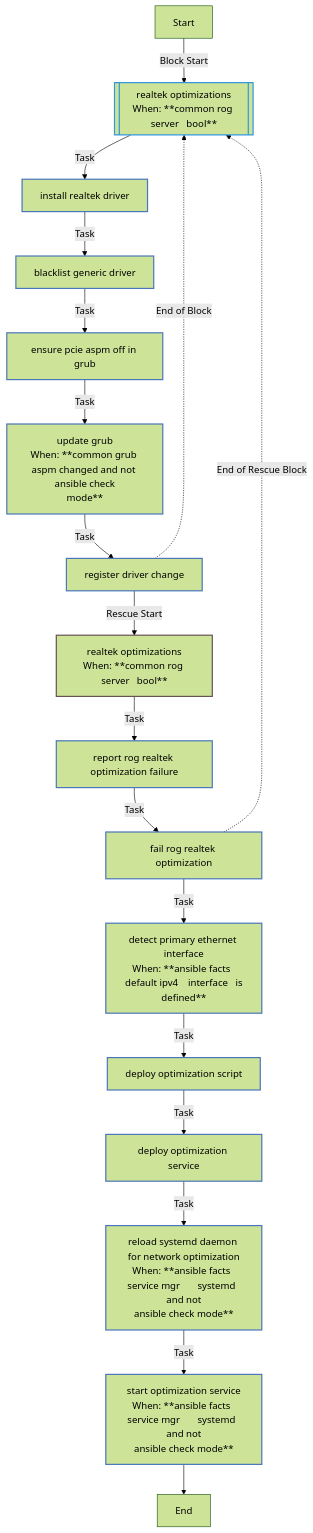
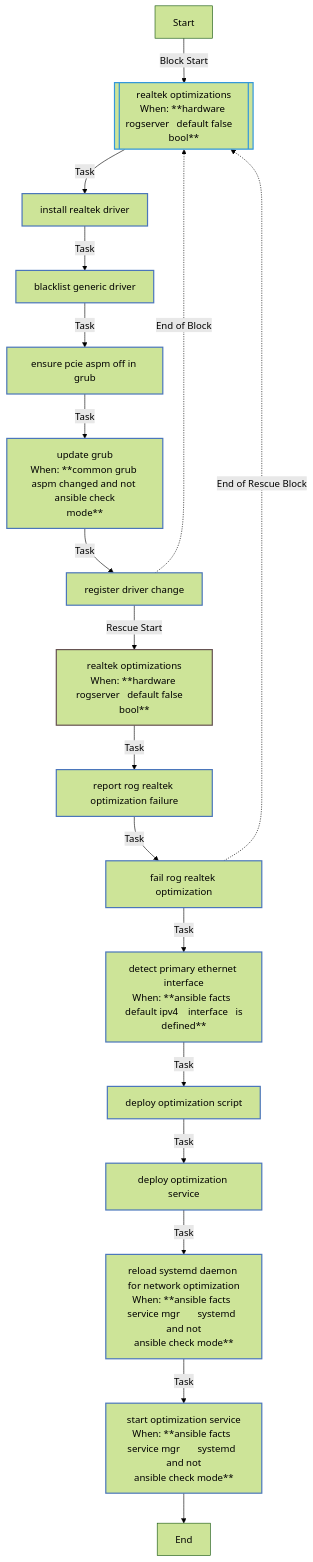
Before and after one commit to rou-cru/k3s-homelab: the sixth of 8 diagrams in roles/common/README.md, drawn with Mermaid (forest theme). The commit also changed other lines of this file and 57 other files, not shown here.

````diff
--- a/roles/common/README.md
+++ b/roles/common/README.md
@@ -518,30 +518,30 @@
 ```mermaid
 flowchart TD
 Start
 classDef block stroke:#3498db,stroke-width:2px;
 classDef task stroke:#4b76bb,stroke-width:2px;
 classDef includeTasks stroke:#16a085,stroke-width:2px;
 classDef importTasks stroke:#34495e,stroke-width:2px;
 classDef includeRole stroke:#2980b9,stroke-width:2px;
 classDef importRole stroke:#699ba7,stroke-width:2px;
 classDef includeVars stroke:#8e44ad,stroke-width:2px;
 classDef rescue stroke:#665352,stroke-width:2px;
 
-  Start-->|Block Start| Realtek_optimizations0_block_start_0[[realtek optimizations<br>When: **common rog server   bool**]]:::block
+  Start-->|Block Start| Realtek_optimizations0_block_start_0[[realtek optimizations<br>When: **hardware rogserver   default false    bool**]]:::block
   Realtek_optimizations0_block_start_0-->|Task| Install_Realtek_driver0[install realtek driver]:::task
   Install_Realtek_driver0-->|Task| Blacklist_generic_driver1[blacklist generic driver]:::task
   Blacklist_generic_driver1-->|Task| Ensure_pcie_aspm_off_in_GRUB2[ensure pcie aspm off in grub]:::task
   Ensure_pcie_aspm_off_in_GRUB2-->|Task| Update_GRUB3[update grub<br>When: **common grub aspm changed and not ansible check<br>mode**]:::task
   Update_GRUB3-->|Task| Register_driver_change4[register driver change]:::task
   Register_driver_change4-.->|End of Block| Realtek_optimizations0_block_start_0
-  Register_driver_change4-->|Rescue Start| Realtek_optimizations0_rescue_start_0[realtek optimizations<br>When: **common rog server   bool**]:::rescue
+  Register_driver_change4-->|Rescue Start| Realtek_optimizations0_rescue_start_0[realtek optimizations<br>When: **hardware rogserver   default false    bool**]:::rescue
   Realtek_optimizations0_rescue_start_0-->|Task| Report_RoG_Realtek_optimization_failure0[report rog realtek optimization failure]:::task
   Report_RoG_Realtek_optimization_failure0-->|Task| Fail_RoG_Realtek_optimization1[fail rog realtek optimization]:::task
   Fail_RoG_Realtek_optimization1-.->|End of Rescue Block| Realtek_optimizations0_block_start_0
   Fail_RoG_Realtek_optimization1-->|Task| Detect_primary_ethernet_interface1[detect primary ethernet interface<br>When: **ansible facts  default ipv4    interface   is<br>defined**]:::task
   Detect_primary_ethernet_interface1-->|Task| Deploy_optimization_script2[deploy optimization script]:::task
   Deploy_optimization_script2-->|Task| Deploy_optimization_service3[deploy optimization service]:::task
   Deploy_optimization_service3-->|Task| Reload_systemd_daemon_for_network_optimization4[reload systemd daemon for network optimization<br>When: **ansible facts  service mgr       systemd  and not<br>ansible check mode**]:::task
   Reload_systemd_daemon_for_network_optimization4-->|Task| Start_optimization_service5[start optimization service<br>When: **ansible facts  service mgr       systemd  and not<br>ansible check mode**]:::task
   Start_optimization_service5-->End
 ```
````
